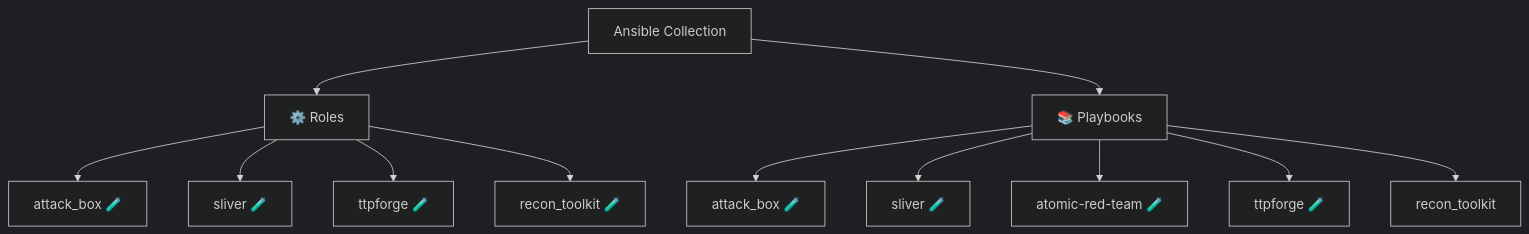
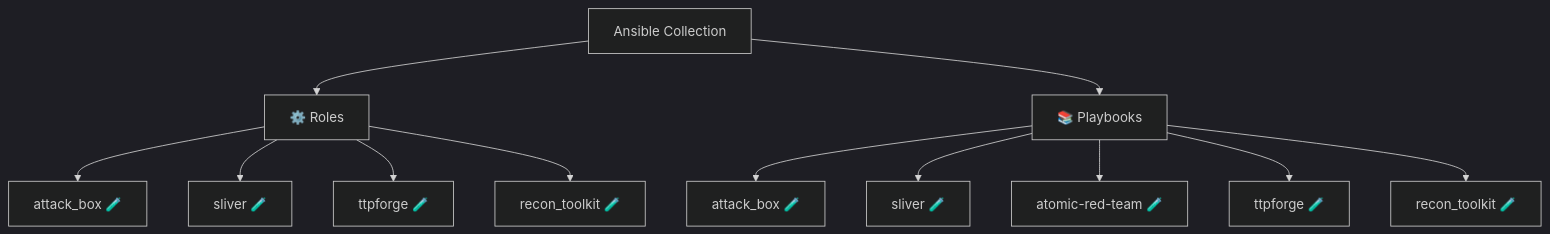
The diagram in README.md (l50/ansible-collection-arsenal), drawn with Mermaid (dark theme) before and after one commit. The commit also changed 5 other files, not shown here.

First line of the commit message:
test: add molecule tests for recon_toolkit playbook and update test matrix

````diff
--- a/README.md
+++ b/README.md
@@ -13,15 +13,15 @@
 ```mermaid
 graph TD
     Collection[Ansible Collection]
     Collection --> Roles[⚙️ Roles]
     Roles --> R0[attack_box 🧪]
     Roles --> R1[sliver 🧪]
     Roles --> R2[ttpforge 🧪]
     Roles --> R3[recon_toolkit 🧪]
     Collection --> Playbooks[📚 Playbooks]
     Playbooks --> PB0[attack_box 🧪]
     Playbooks --> PB1[sliver 🧪]
     Playbooks --> PB2[atomic-red-team 🧪]
     Playbooks --> PB3[ttpforge 🧪]
-    Playbooks --> PB4[recon_toolkit]
+    Playbooks --> PB4[recon_toolkit 🧪]
 ```
````
